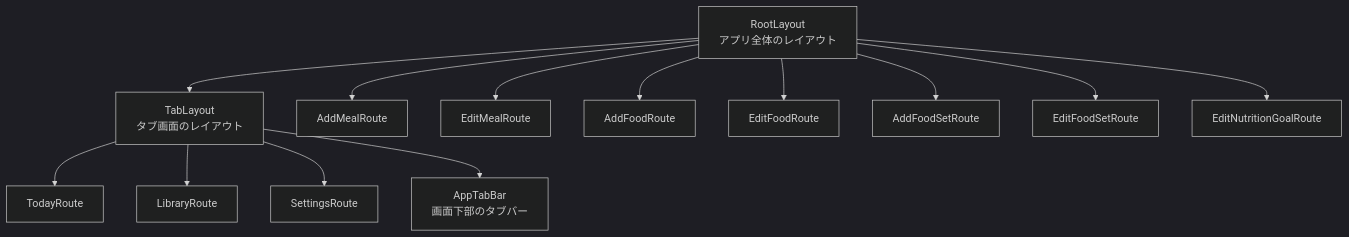
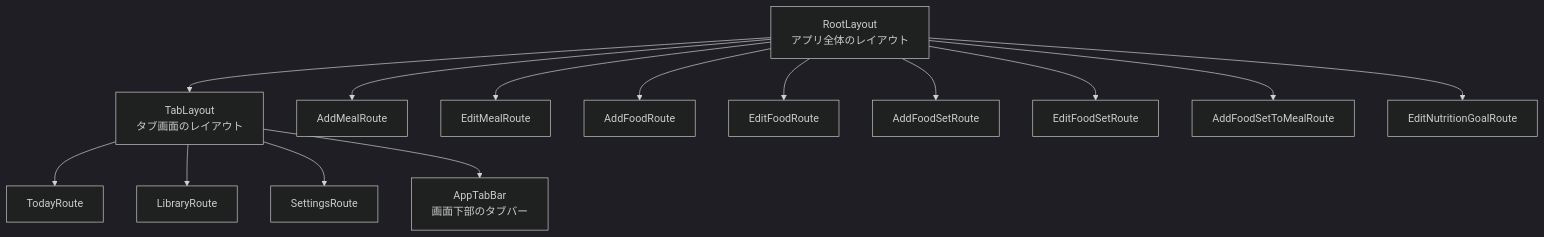
The first of 8 diagrams in docs/component-map.md (takahashi-toshiya/FoodLog), drawn with Mermaid (dark theme) before and after one commit. The commit also changed other lines of this file and 19 other files, not shown here.

````diff
--- a/docs/component-map.md
+++ b/docs/component-map.md
@@ -16,16 +16,17 @@
 ```mermaid
 flowchart TD
   RootLayout["RootLayout<br/>アプリ全体のレイアウト"] --> TabLayout["TabLayout<br/>タブ画面のレイアウト"]
   TabLayout --> TodayRoute["TodayRoute"]
   TabLayout --> LibraryRoute["LibraryRoute"]
   TabLayout --> SettingsRoute["SettingsRoute"]
   TabLayout --> AppTabBar["AppTabBar<br/>画面下部のタブバー"]
 
   RootLayout --> AddMealRoute["AddMealRoute"]
   RootLayout --> EditMealRoute["EditMealRoute"]
   RootLayout --> AddFoodRoute["AddFoodRoute"]
   RootLayout --> EditFoodRoute["EditFoodRoute"]
   RootLayout --> AddFoodSetRoute["AddFoodSetRoute"]
   RootLayout --> EditFoodSetRoute["EditFoodSetRoute"]
+  RootLayout --> AddFoodSetToMealRoute["AddFoodSetToMealRoute"]
   RootLayout --> EditNutritionGoalRoute["EditNutritionGoalRoute"]
 ```
````
